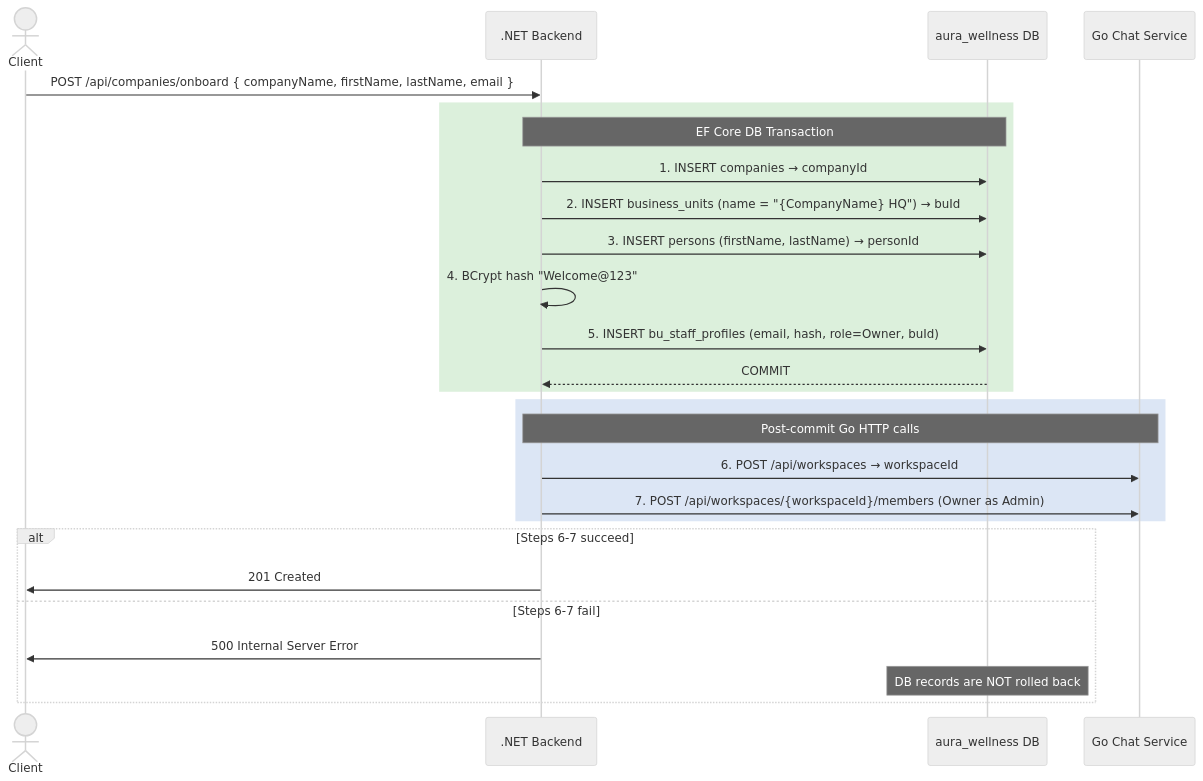
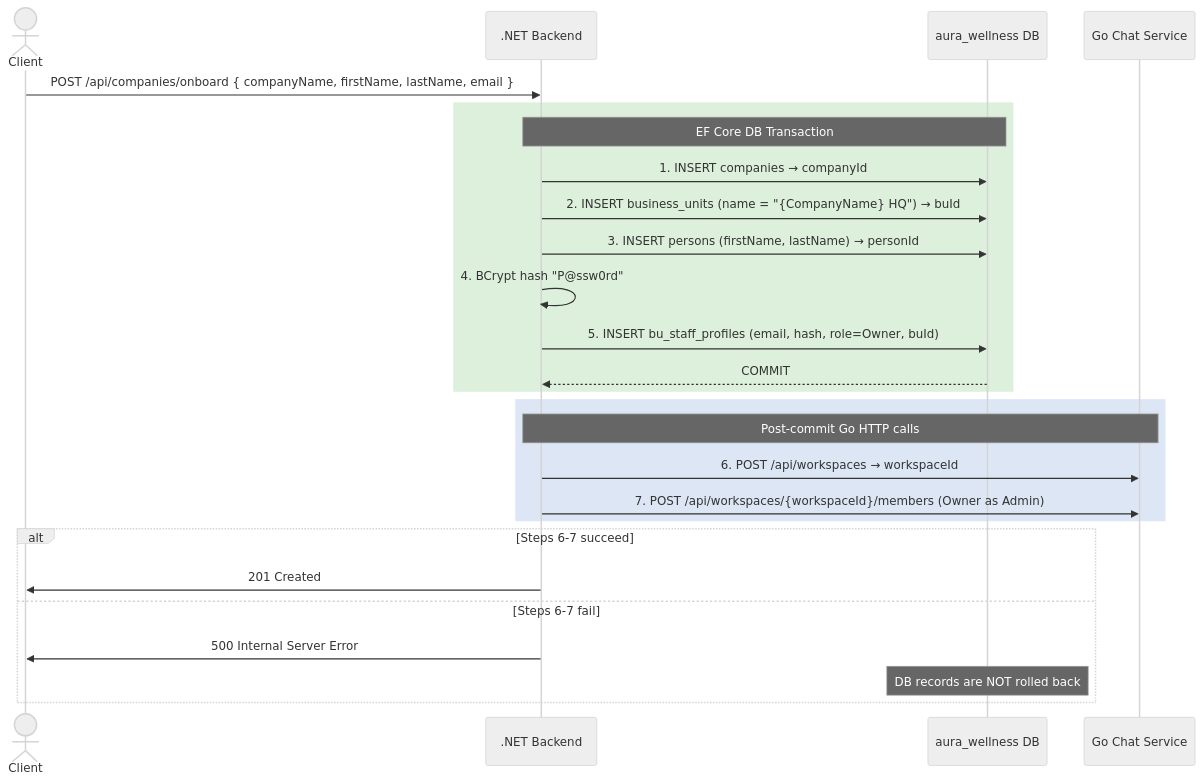
Before and after one commit to ZEN-ZAI/Aura-Wellness: the fifth of 5 diagrams in docs/system-design.md, drawn with Mermaid (neutral theme). The commit also changed other lines of this file and 1 other file, not shown here.

````diff
--- a/docs/system-design.md
+++ b/docs/system-design.md
@@ -204,32 +204,32 @@
 ```mermaid
 sequenceDiagram
     actor Client
     participant API as .NET Backend
     participant DB as aura_wellness DB
     participant CS as Go Chat Service
 
     Client->>API: POST /api/companies/onboard { companyName, firstName, lastName, email }
 
     rect rgb(220, 240, 220)
         note over API, DB: EF Core DB Transaction
         API->>DB: 1. INSERT companies → companyId
         API->>DB: 2. INSERT business_units (name = "{CompanyName} HQ") → buId
         API->>DB: 3. INSERT persons (firstName, lastName) → personId
-        API->>API: 4. BCrypt hash "Welcome@123"
+        API->>API: 4. BCrypt hash "P@ssw0rd"
         API->>DB: 5. INSERT bu_staff_profiles (email, hash, role=Owner, buId)
         DB-->>API: COMMIT
     end
 
     rect rgb(220, 230, 245)
         note over API, CS: Post-commit Go HTTP calls
         API->>CS: 6. POST /api/workspaces → workspaceId
         API->>CS: 7. POST /api/workspaces/{workspaceId}/members (Owner as Admin)
     end
 
     alt Steps 6-7 succeed
         API->>Client: 201 Created
     else Steps 6-7 fail
         API->>Client: 500 Internal Server Error
         note over DB: DB records are NOT rolled back
     end
 ```
````
